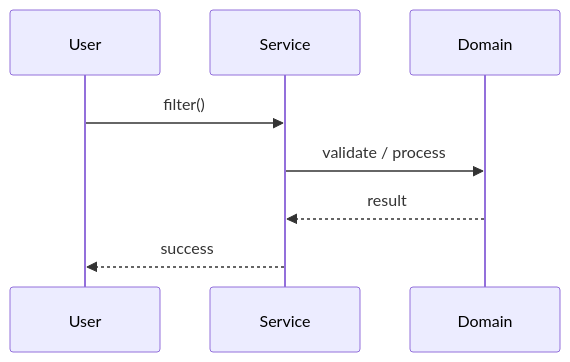
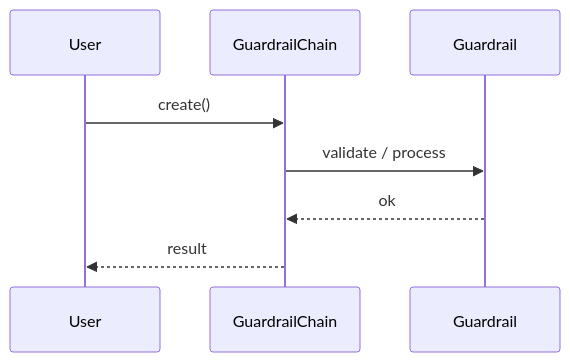
One commit to madhupaila/Interview-Prep-SSE changed the second of 3 diagrams in Learn/System Design - Low Level Design/05-genai-llm-lld/questions/Q08-guardrail-safety-chain.md. Above: the diagram before and after it, drawn with Mermaid. The commit also changed other lines of this file and 491 other files, not shown here.

````diff
--- a/Learn/System Design - Low Level Design/05-genai-llm-lld/questions/Q08-guardrail-safety-chain.md
+++ b/Learn/System Design - Low Level Design/05-genai-llm-lld/questions/Q08-guardrail-safety-chain.md
@@ -121,10 +150,10 @@
 ```mermaid
 sequenceDiagram
-    participant U as User
-    participant S as Service
-    participant D as Domain
-    U->>S: filter()
-    S->>D: validate / process
-    D-->>S: result
-    S-->>U: success
+participant U as User
+participant S as GuardrailChain
+participant D as Guardrail
+U->>S: create()
+S->>D: validate / process
+D-->>S: ok
+S-->>U: result
 ```
````
